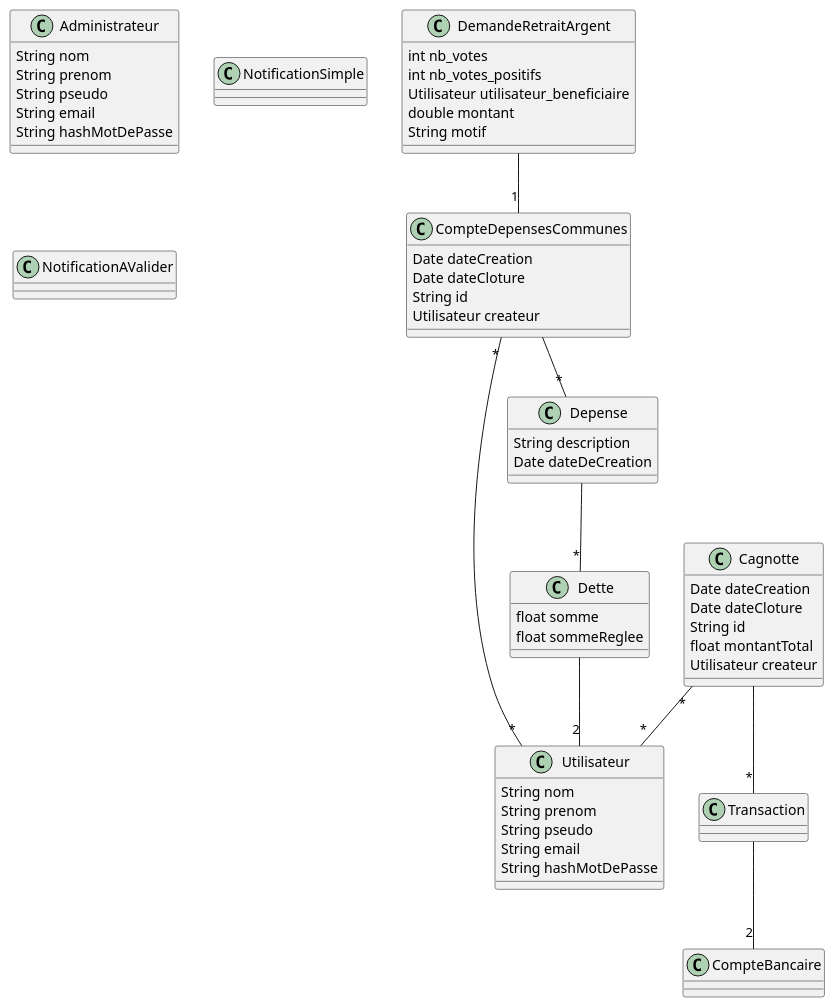
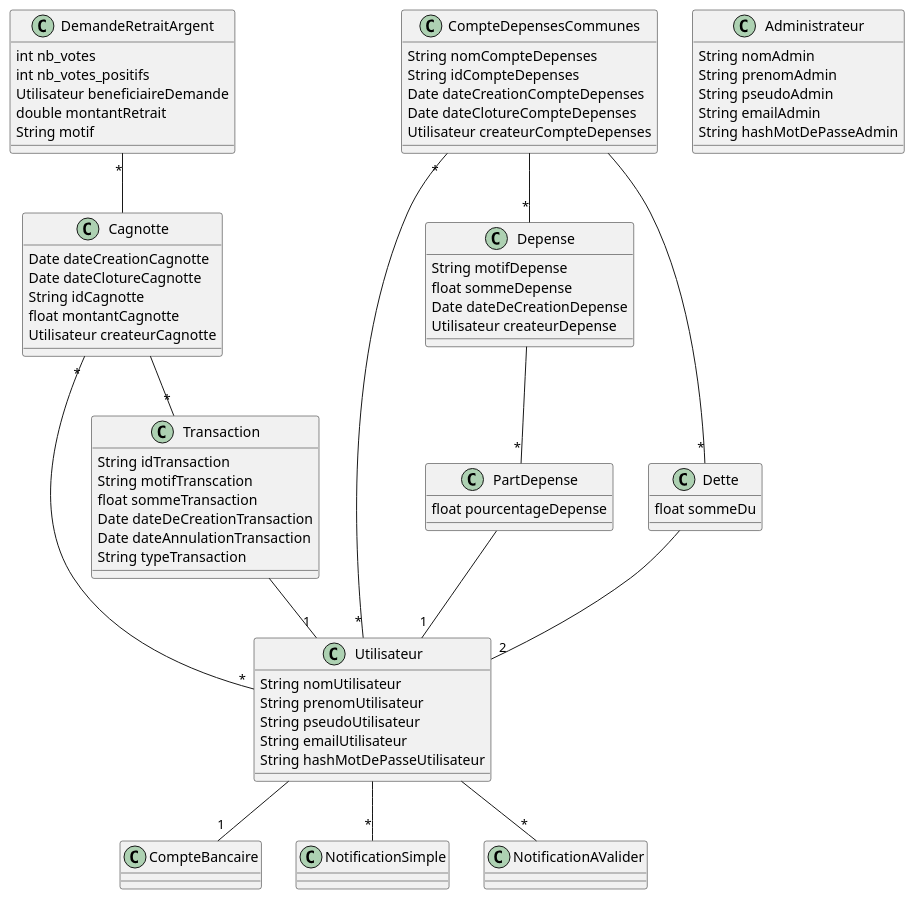
The diagram in diagrammes/specification/description-donnees/classes.puml (lmtb06/sharecount), drawn with PlantUML before and after one commit. The commit also changed 5 other files, not shown here.

Commit message:
-correction diagrammes cas d'utilisation -correction diagramme de séquence -correction diagramme de classe

```diff
--- a/diagrammes/specification/description-donnees/classes.puml
+++ b/diagrammes/specification/description-donnees/classes.puml
@@ -1,78 +1,94 @@
 @startuml Classes
 
 	class Utilisateur {
-		String nom
-		String prenom
-		String pseudo
-		String email
-		String hashMotDePasse
+		String nomUtilisateur
+		String prenomUtilisateur
+		String pseudoUtilisateur
+		String emailUtilisateur
+		String hashMotDePasseUtilisateur
 	}
-
+	Utilisateur --"1" CompteBancaire
 	class Administrateur {
-		String nom
-		String prenom
-		String pseudo
-		String email
-		String hashMotDePasse
+		String nomAdmin
+		String prenomAdmin
+		String pseudoAdmin
+		String emailAdmin
+		String hashMotDePasseAdmin
 	}
 
 	class Cagnotte {
-		Date dateCreation
-		Date dateCloture
-		String id
-		float montantTotal
-		Utilisateur createur
+		Date dateCreationCagnotte
+		Date dateClotureCagnotte
+		String idCagnotte
+		float montantCagnotte
+		Utilisateur createurCagnotte
 	}
 
 	Cagnotte "*"--"*" Utilisateur
 	Cagnotte --"*" Transaction
 
 	class CompteDepensesCommunes {
-		Date dateCreation
-		Date dateCloture
-		String id
-		Utilisateur createur
+		String nomCompteDepenses
+		String idCompteDepenses
+		Date dateCreationCompteDepenses
+		Date dateClotureCompteDepenses
+		Utilisateur createurCompteDepenses
 	}
 	CompteDepensesCommunes "*"--"*" Utilisateur
 	CompteDepensesCommunes --"*" Depense
+	CompteDepensesCommunes --"*" Dette
 
 	class Depense {
-		String description
-		Date dateDeCreation
+		String motifDepense
+		float sommeDepense
+		Date dateDeCreationDepense
+		Utilisateur createurDepense
 	}
-	Depense --"*" Dette
+	Depense --"*" PartDepense
+
+	class PartDepense {
+		float pourcentageDepense
+	}
+	PartDepense --"1" Utilisateur
 
 	class Dette {
-		float somme
-		float sommeReglee
+		float sommeDu
 	}
 	Dette --"2" Utilisateur
 
 	class Transaction {
-
+		String idTransaction
+		String motifTranscation
+		float sommeTransaction
+		Date dateDeCreationTransaction
+		Date dateAnnulationTransaction
+		String typeTransaction
 	}
 
-	Transaction --"2" CompteBancaire
+	Transaction --"1" Utilisateur
 
 	class CompteBancaire {
 
 	}
 
 	class NotificationSimple {
 
 	}
 
 	class NotificationAValider {
 
 	}
 
+	Utilisateur --"*" NotificationAValider
+	Utilisateur --"*" NotificationSimple
+
 	class DemandeRetraitArgent {
 		int nb_votes
 		int nb_votes_positifs
-		Utilisateur utilisateur_beneficiaire
-		double montant
+		Utilisateur beneficiaireDemande
+		double montantRetrait
 		String motif
 	}
-	DemandeRetraitArgent --"1" CompteDepensesCommunes
+	DemandeRetraitArgent "*"-- Cagnotte
 
 @enduml
```
